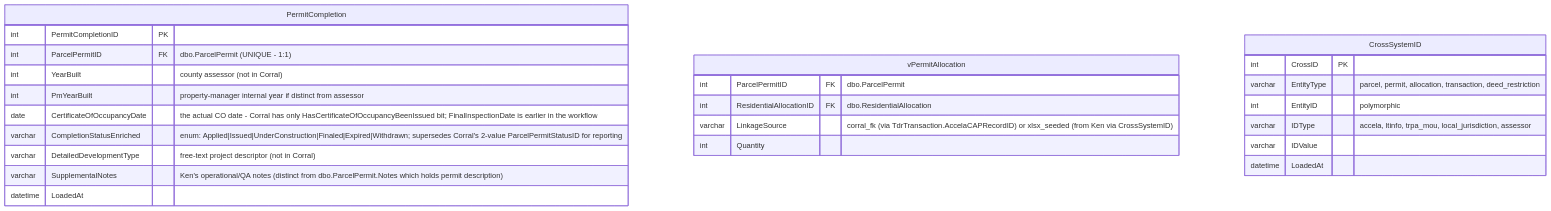
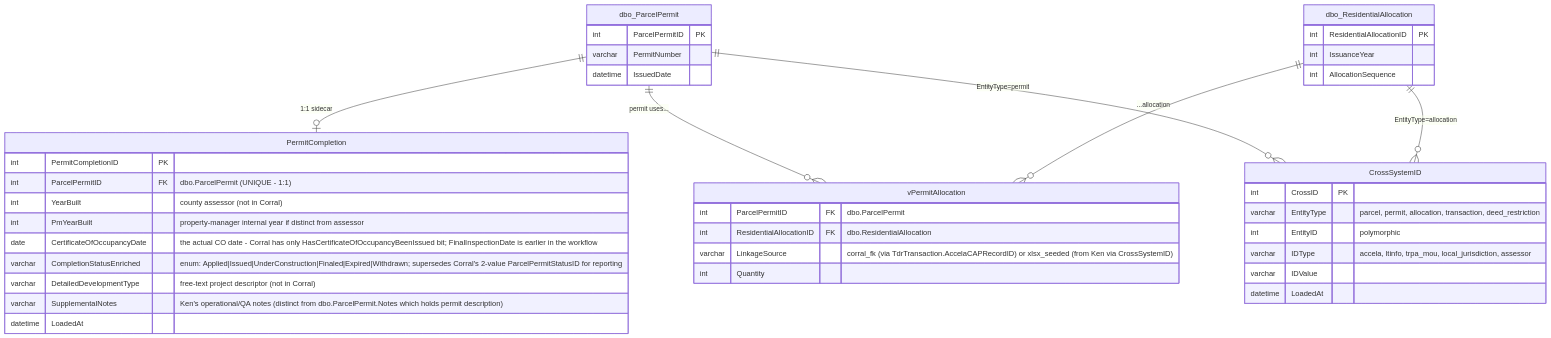
Before and after one commit to trpa-agency/Reporting: the third of 4 diagrams in erd/target_schema.md, drawn with Mermaid. The commit also changed other lines of this file and 1 other file, not shown here.

First line of the commit message:
erd: restore dropped relationship arrows in proposed Mermaid ERDs

````diff
--- a/erd/target_schema.md
+++ b/erd/target_schema.md
@@ -500,28 +547,44 @@
 ```mermaid
 erDiagram
     PermitCompletion {
         int PermitCompletionID PK
         int ParcelPermitID FK "dbo.ParcelPermit (UNIQUE - 1:1)"
         int YearBuilt "county assessor (not in Corral)"
         int PmYearBuilt "property-manager internal year if distinct from assessor"
         date CertificateOfOccupancyDate "the actual CO date - Corral has only HasCertificateOfOccupancyBeenIssued bit; FinalInspectionDate is earlier in the workflow"
         varchar CompletionStatusEnriched "enum: Applied|Issued|UnderConstruction|Finaled|Expired|Withdrawn; supersedes Corral's 2-value ParcelPermitStatusID for reporting"
         varchar DetailedDevelopmentType "free-text project descriptor (not in Corral)"
         varchar SupplementalNotes "Ken's operational/QA notes (distinct from dbo.ParcelPermit.Notes which holds permit description)"
         datetime LoadedAt
     }
     vPermitAllocation {
         int ParcelPermitID FK "dbo.ParcelPermit"
         int ResidentialAllocationID FK "dbo.ResidentialAllocation"
         varchar LinkageSource "corral_fk (via TdrTransaction.AccelaCAPRecordID) or xlsx_seeded (from Ken via CrossSystemID)"
         int Quantity
     }
     CrossSystemID {
         int CrossID PK
         varchar EntityType "parcel, permit, allocation, transaction, deed_restriction"
         int EntityID "polymorphic"
         varchar IDType "accela, ltinfo, trpa_mou, local_jurisdiction, assessor"
         varchar IDValue
         datetime LoadedAt
     }
+    dbo_ParcelPermit {
+        int ParcelPermitID PK
+        varchar PermitNumber
+        datetime IssuedDate
+    }
+    dbo_ResidentialAllocation {
+        int ResidentialAllocationID PK
+        int IssuanceYear
+        int AllocationSequence
+    }
+
+    dbo_ParcelPermit             ||--o| PermitCompletion        : "1:1 sidecar"
+    dbo_ParcelPermit             ||--o{ vPermitAllocation       : "permit uses..."
+    dbo_ResidentialAllocation    ||--o{ vPermitAllocation       : "...allocation"
+    dbo_ParcelPermit             ||--o{ CrossSystemID           : "EntityType=permit"
+    dbo_ResidentialAllocation    ||--o{ CrossSystemID           : "EntityType=allocation"
 ```
````
